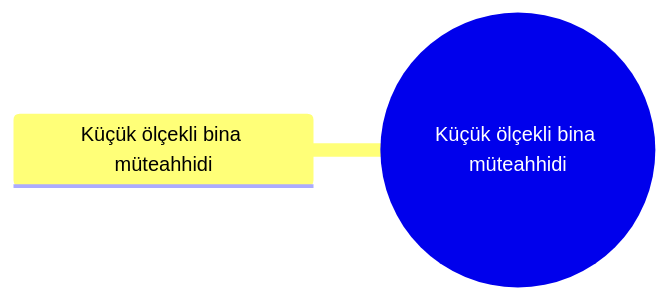
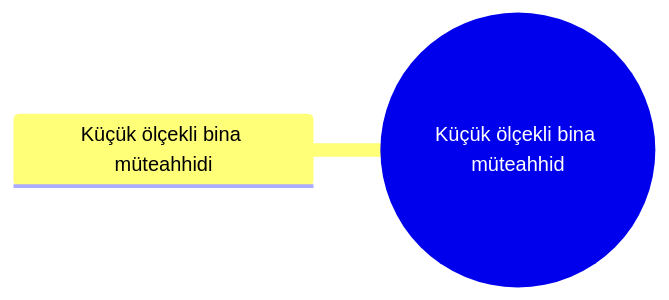
The diagram in 02 İşletmeler/10 İnşaat & Yapı/Küçük ölçekli bina müteahhidi/Dal – Küçük ölçekli bina müteahhidi.md (sametkarabulut-dev/xfuturepos-v2), drawn with Mermaid before and after one commit. The commit also changed other lines of this file and 241 other files, not shown here.

````diff
--- a/02 İşletmeler/10 İnşaat & Yapı/Küçük ölçekli bina müteahhidi/Dal – Küçük ölçekli bina müteahhidi.md
+++ b/02 İşletmeler/10 İnşaat & Yapı/Küçük ölçekli bina müteahhidi/Dal – Küçük ölçekli bina müteahhidi.md
@@ -22,5 +22,5 @@
 ```mermaid
 mindmap
-  root((Küçük ölçekli bina müteahhidi))
+  root((Küçük ölçekli bina müteahhid))
     Küçük ölçekli bina müteahhidi
 ```
````
